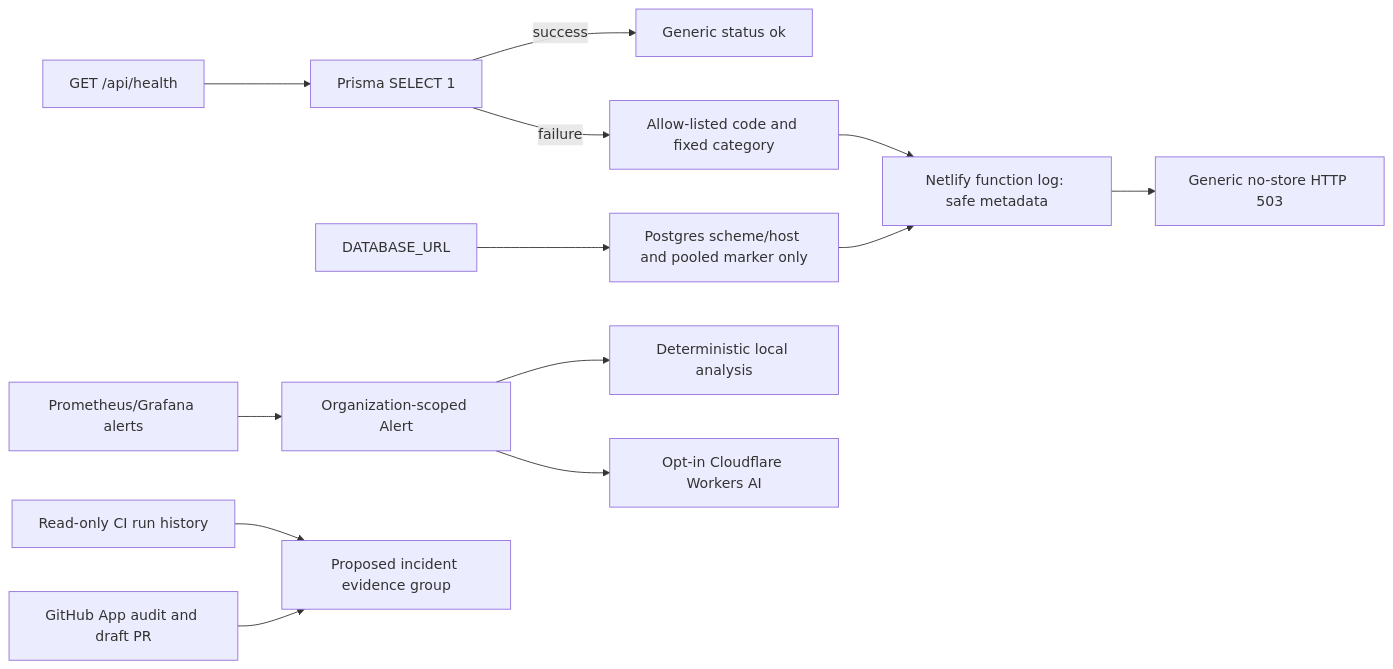
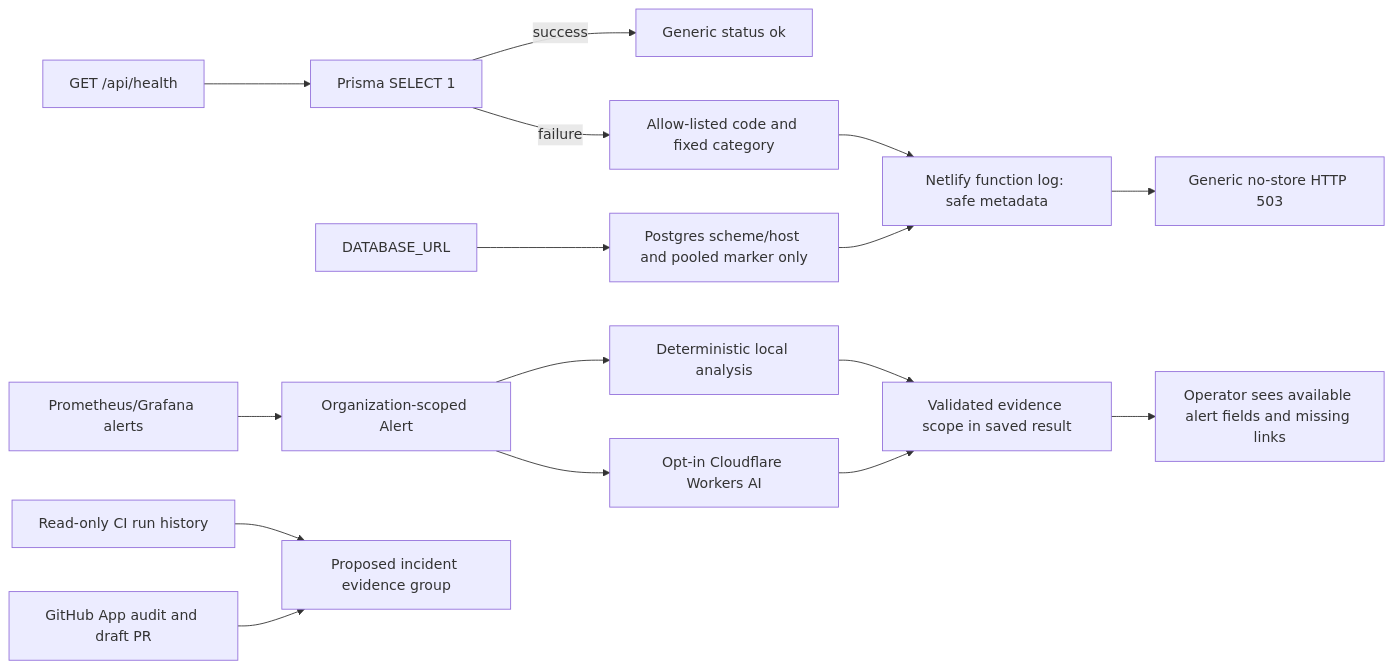
One commit to hamedonassar95/devobs-saas changed the diagram in docs/ai/design/2026-10-23-feature-saas-health-ai-roadmap.md. Above: the diagram before and after it, drawn with Mermaid. The commit also changed other lines of this file and 14 other files, not shown here.

Commit message:
Expose alert evidence scope in AI analysis

````diff
--- a/docs/ai/design/2026-10-23-feature-saas-health-ai-roadmap.md
+++ b/docs/ai/design/2026-10-23-feature-saas-health-ai-roadmap.md
@@ -12,15 +12,18 @@
 ```mermaid
 flowchart LR
   Health[GET /api/health] --> Probe[Prisma SELECT 1]
   Probe -->|success| Ok[Generic status ok]
   Probe -->|failure| Safe[Allow-listed code and fixed category]
   Env[DATABASE_URL] --> Shape[Postgres scheme/host and pooled marker only]
   Safe --> Log[Netlify function log: safe metadata]
   Shape --> Log
   Log --> Public[Generic no-store HTTP 503]
   Signals[Prometheus/Grafana alerts] --> Tenant[Organization-scoped Alert]
   Tenant --> Local[Deterministic local analysis]
   Tenant --> OptIn[Opt-in Cloudflare Workers AI]
+  Local --> Scope[Validated evidence scope in saved result]
+  OptIn --> Scope
+  Scope --> UI[Operator sees available alert fields and missing links]
   CI[Read-only CI run history] --> Future[Proposed incident evidence group]
   Changes[GitHub App audit and draft PR] --> Future
 ```
````
